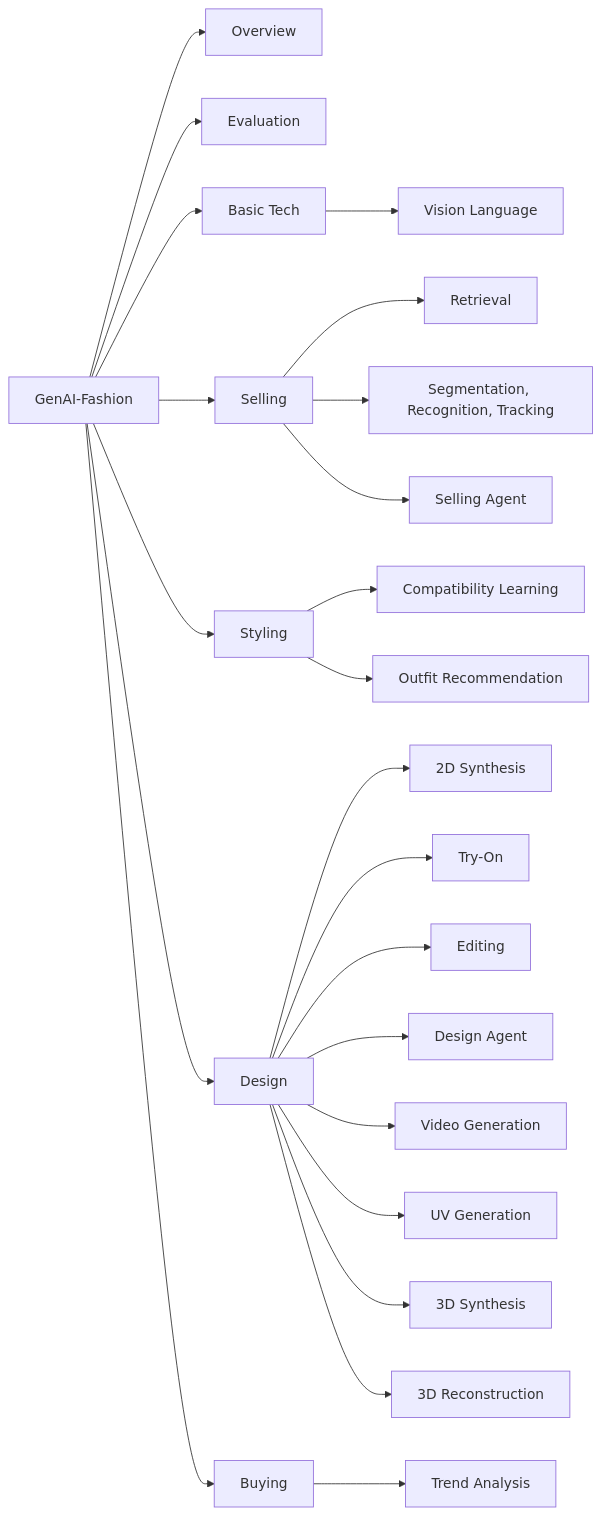
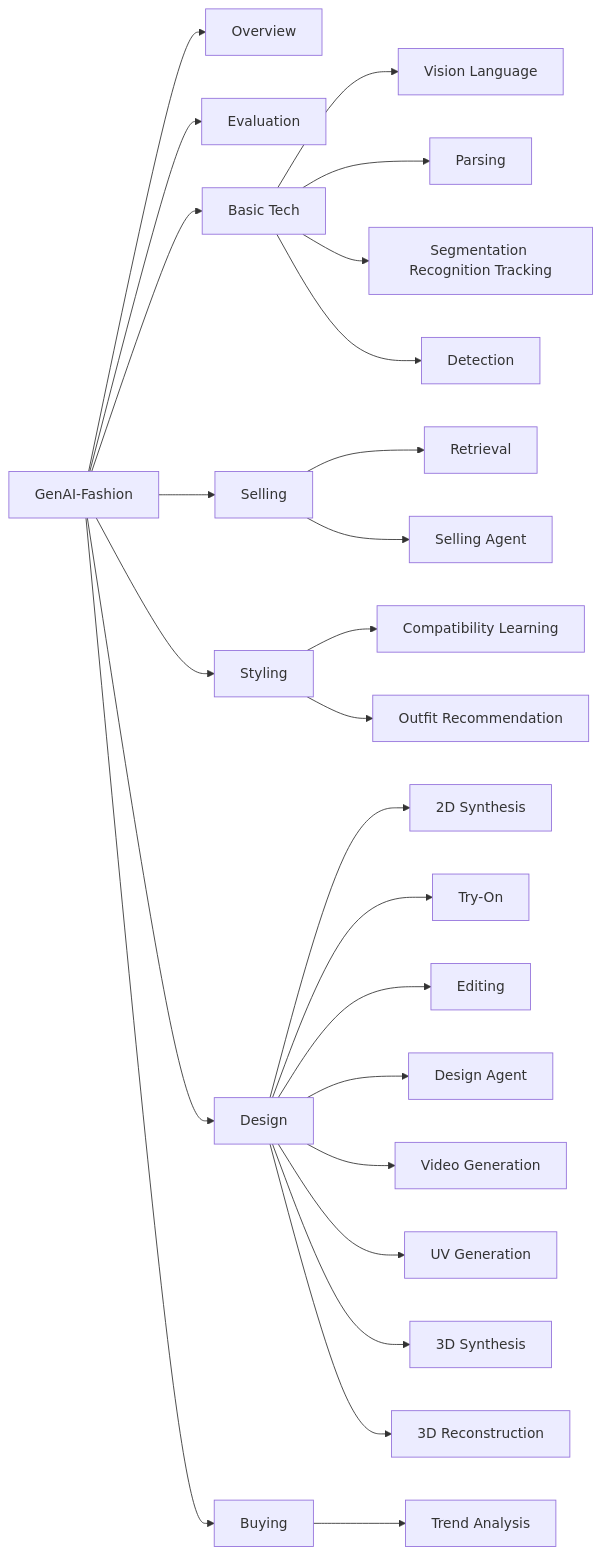
Before and after one commit to wendashi/Cool-GenAI-Fashion-Papers: the diagram in README.md, drawn with Mermaid. The commit also changed other lines of this file, not shown here.

````diff
--- a/README.md
+++ b/README.md
@@ -38,32 +39,34 @@
 ```mermaid
 graph LR
   GenAIFashion[GenAI-Fashion]
   GenAIFashion --> Overview[Overview]
   GenAIFashion --> Evaluation[Evaluation]
   GenAIFashion --> BasicTech[Basic Tech]
   GenAIFashion --> Selling[Selling]
   GenAIFashion --> Styling[Styling]
   GenAIFashion --> Design[Design]
   GenAIFashion --> Buying[Buying]
 
   BasicTech --> VisionLanguage[Vision Language]
+  BasicTech --> Parsing[Parsing]
+  BasicTech --> SegmentationRecognitionTracking[Segmentation Recognition Tracking]
+  BasicTech --> Detection[Detection]
 
   Selling --> Retrieval[Retrieval]
-  Selling --> Segmentation[Segmentation, Recognition, Tracking]
   Selling --> SellingAgent[Selling Agent]
 
   Styling --> CompatibilityLearning[Compatibility Learning]
   Styling --> OutfitRecommendation[Outfit Recommendation]
 
   Design --> 2DSynthesis[2D Synthesis]
   Design --> TryOn[Try-On]
   Design --> Editing[Editing]
   Design --> DesignAgent[Design Agent]
   Design --> VideoGeneration[Video Generation]
   Design --> UVGeneration[UV Generation]
   Design --> 3DSynthesis[3D Synthesis]
   Design --> 3DReconstruction[3D Reconstruction]
   
   Buying --> TrendAnalysis[Trend Analysis]
   
 ```
````
